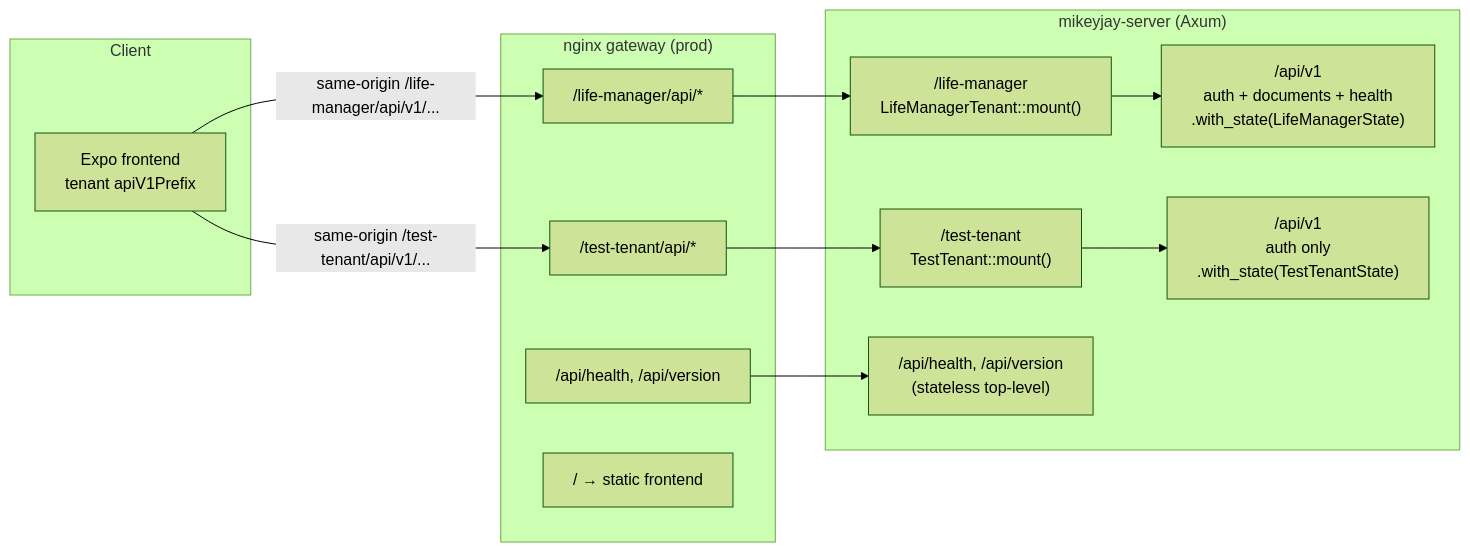
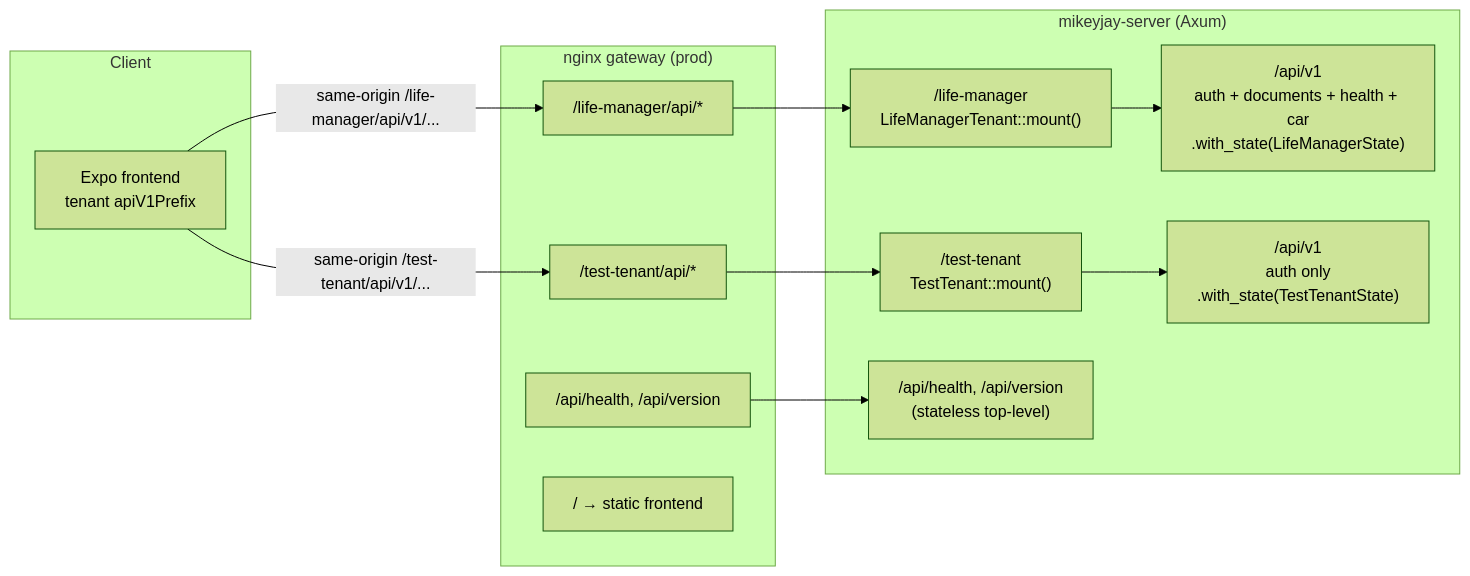
Before and after one commit to mikeyjay39/life-manager: the third of 6 diagrams in docs/architecture.md, drawn with Mermaid (forest theme). The commit also changed other lines of this file and 96 other files, not shown here.

First line of the commit message:
Car Manager (#121): feature branch for review (#163)

````diff
--- a/docs/architecture.md
+++ b/docs/architecture.md
@@ -92,27 +103,27 @@
 ```mermaid
 flowchart LR
   subgraph client["Client"]
     fe["Expo frontend\ntenant apiV1Prefix"]
   end
 
   subgraph gateway["nginx gateway (prod)"]
     loc1["/life-manager/api/*"]
     loc1b["/test-tenant/api/*"]
     loc2["/api/health, /api/version"]
     loc3["/ → static frontend"]
   end
 
   subgraph server["mikeyjay-server (Axum)"]
     r1["/life-manager\nLifeManagerTenant::mount()"]
     r1b["/test-tenant\nTestTenant::mount()"]
-    r2["/api/v1\nauth + documents + health\n.with_state(LifeManagerState)"]
+    r2["/api/v1\nauth + documents + health + car\n.with_state(LifeManagerState)"]
     r2b["/api/v1\nauth only\n.with_state(TestTenantState)"]
     r3["/api/health, /api/version\n(stateless top-level)"]
   end
 
   fe -->|"same-origin /life-manager/api/v1/..."| loc1
   fe -->|"same-origin /test-tenant/api/v1/..."| loc1b
   loc1 --> r1 --> r2
   loc1b --> r1b --> r2b
   loc2 --> r3
 ```
````
